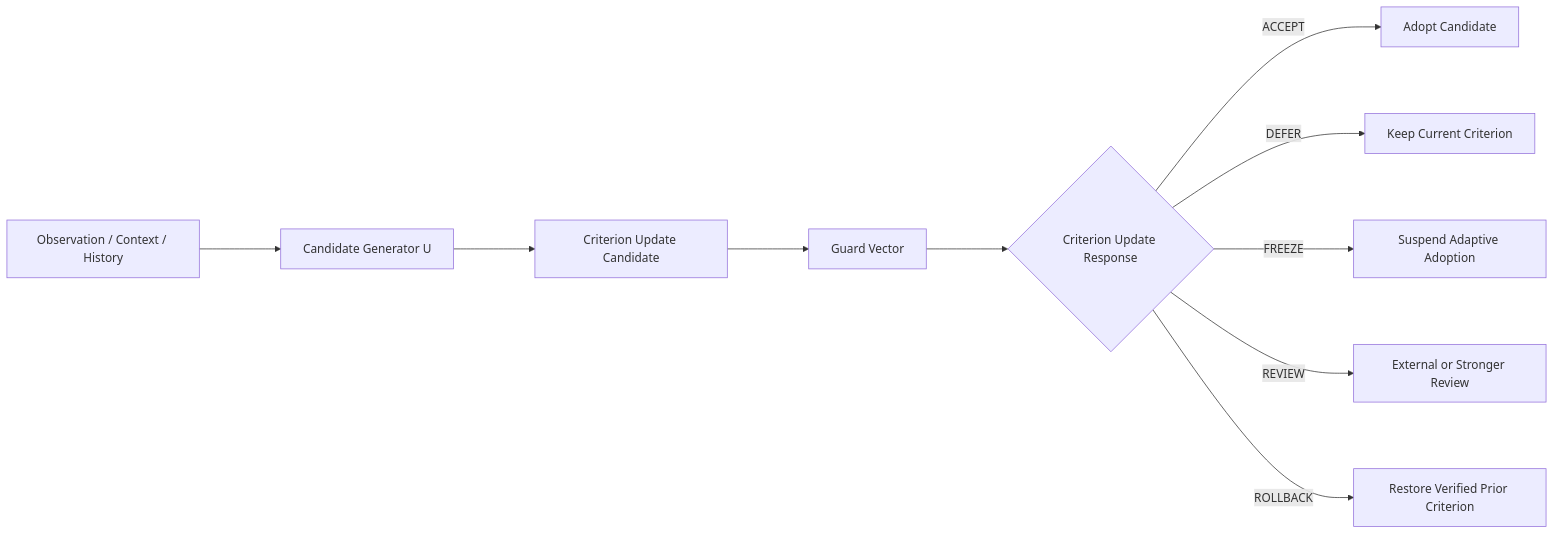
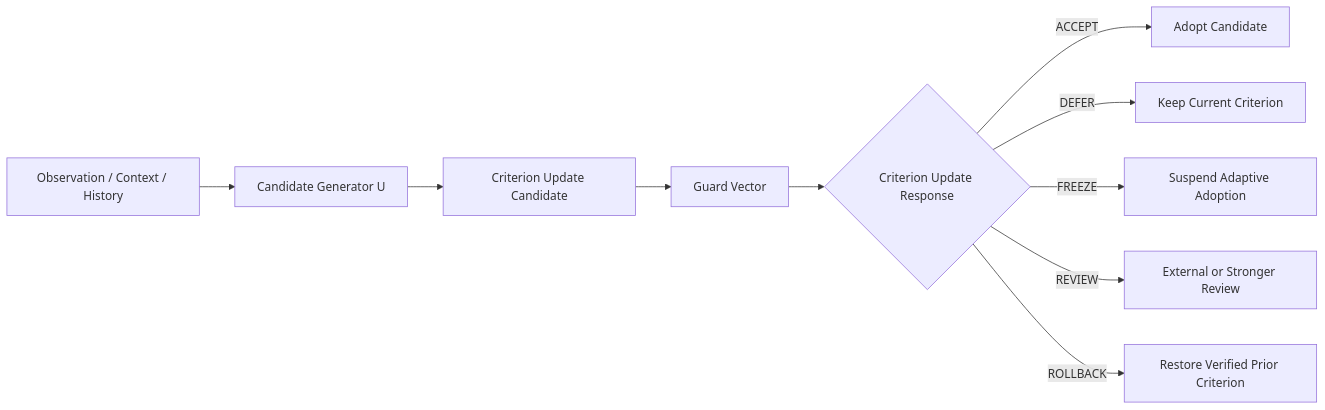
The third of 6 diagrams in figures/guarded_criterion_trajectories_mermaid.md (gitGyro-Dev/gyroauth), drawn with Mermaid before and after one commit.

Commit message:
Compact Figure 3 horizontal spacing for larger landscape-page text

````diff
--- a/figures/guarded_criterion_trajectories_mermaid.md
+++ b/figures/guarded_criterion_trajectories_mermaid.md
@@ -40,13 +40,13 @@
 ```mermaid
-%%{init: {"flowchart": {"nodeSpacing": 90, "rankSpacing": 110, "curve": "basis"}}}%%
+%%{init: {"flowchart": {"nodeSpacing": 48, "rankSpacing": 48, "curve": "basis"}}}%%
 flowchart LR
     O[Observation / Context / History] --> U[Candidate Generator U]
     U --> C[Criterion Update Candidate]
     C --> G[Guard Vector]
     G --> R{Criterion Update Response}
     R -->|ACCEPT| N[Adopt Candidate]
     R -->|DEFER| K[Keep Current Criterion]
     R -->|FREEZE| F[Suspend Adaptive Adoption]
     R -->|REVIEW| V[External or Stronger Review]
     R -->|ROLLBACK| B[Restore Verified Prior Criterion]
 ```
````
